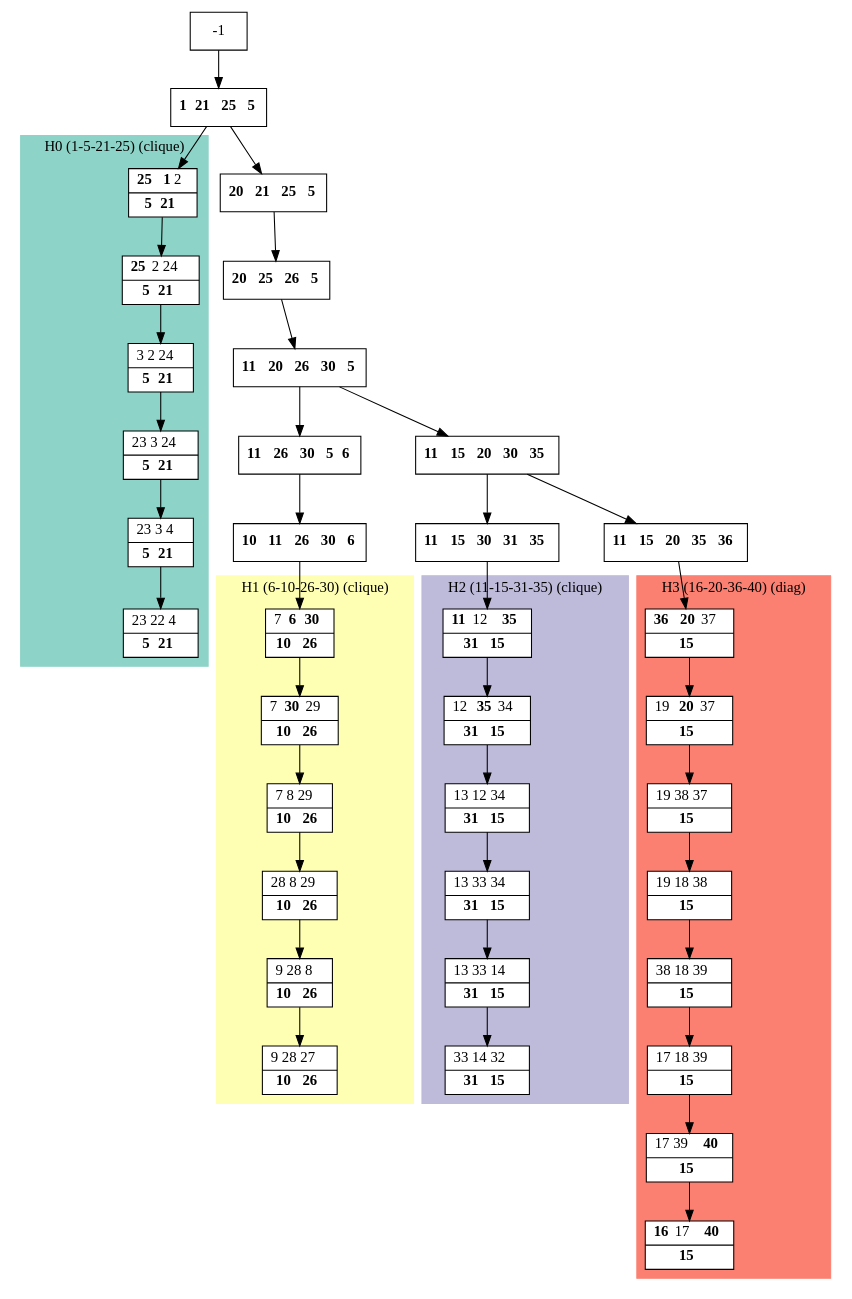
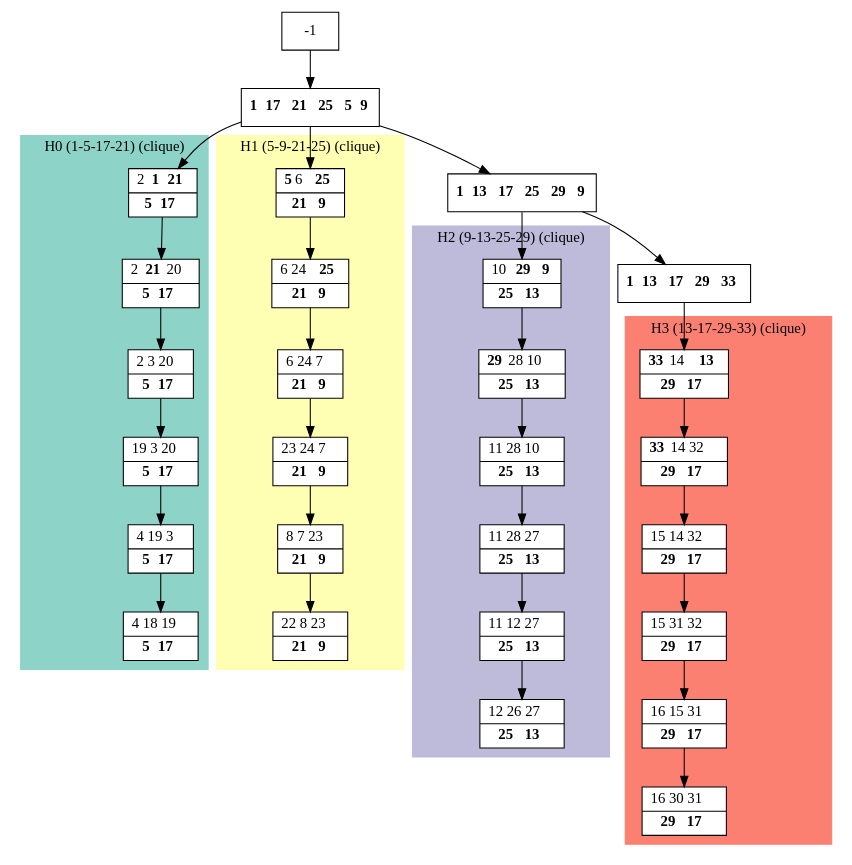
The diagram in results/dot_files/processed_K4.dot (bmarchand/auto-dp), drawn with Graphviz before and after one commit. The commit also changed 188 other files, not shown here.

```diff
--- a/results/dot_files/processed_K4.dot
+++ b/results/dot_files/processed_K4.dot
@@ -1,83 +1,69 @@
 digraph G {
     node [shape=box];
     subgraph cluster0 {
         node [style=filled,fillcolor=white];
         labeljust="l";
         style=filled;
         color="#8DD3C7";
         H0_0 -> H0_1 -> H0_2 -> H0_3 -> H0_4 -> H0_5;
-        label="H0 (1-5-21-25) (clique)";
+        label="H0 (1-5-17-21) (clique)";
     }
     subgraph cluster1 {
         node [style=filled,fillcolor=white];
         labeljust="l";
         style=filled;
         color="#FFFFB3";
         H1_0 -> H1_1 -> H1_2 -> H1_3 -> H1_4 -> H1_5;
-        label="H1 (6-10-26-30) (clique)";
+        label="H1 (5-9-21-25) (clique)";
     }
     subgraph cluster2 {
         node [style=filled,fillcolor=white];
         labeljust="l";
         style=filled;
         color="#BEBADA";
         H2_0 -> H2_1 -> H2_2 -> H2_3 -> H2_4 -> H2_5;
-        label="H2 (11-15-31-35) (clique)";
+        label="H2 (9-13-25-29) (clique)";
     }
     subgraph cluster3 {
         node [style=filled,fillcolor=white];
         labeljust="l";
         style=filled;
         color="#FB8072";
-        H3_7 -> H3_6 -> H3_5 -> H3_4 -> H3_3 -> H3_2 -> H3_1 -> H3_0;
-        label="H3 (16-20-36-40) (diag)";
+        H3_0 -> H3_1 -> H3_2 -> H3_3 -> H3_4 -> H3_5;
+        label="H3 (13-17-29-33) (clique)";
     }
-     1 [shape=record,label= <{ <b>1</b> <b>21</b> <b>25</b> <b>5</b>}> ];
+     1 [shape=record,label= <{ <b>1</b> <b>17</b> <b>21</b> <b>25</b> <b>5</b> <b>9</b>}> ];
      -1  ->  1;
-     H0_0 [shape=record,label= <{ <b>25</b> <b>1</b> 2|  <b>5</b> <b>21</b>}> ];
+     14 [shape=record,label= <{ <b>1</b> <b>13</b> <b>17</b> <b>25</b> <b>29</b> <b>9</b>}> ];
+     1  ->  14;
+     21 [shape=record,label= <{ <b>1</b> <b>13</b> <b>17</b> <b>29</b> <b>33</b>}> ];
+     14  ->  21;
+     H3_0 [shape=record,label= <{ <b>33</b> 14 <b>13</b>|  <b>29</b> <b>17</b>}> ];
+     21  ->  H3_0;
+     H3_1 [shape=record,label= <{ <b>33</b> 14 32|  <b>29</b> <b>17</b>}> ];
+     H3_2 [shape=record,label= <{ 15 14 32|  <b>29</b> <b>17</b>}> ];
+     H3_3 [shape=record,label= <{ 15 31 32|  <b>29</b> <b>17</b>}> ];
+     H3_4 [shape=record,label= <{ 16 15 31|  <b>29</b> <b>17</b>}> ];
+     H3_5 [shape=record,label= <{ 16 30 31|  <b>29</b> <b>17</b>}> ];
+     H2_0 [shape=record,label= <{ 10 <b>29</b> <b>9</b>|  <b>25</b> <b>13</b>}> ];
+     14  ->  H2_0;
+     H2_1 [shape=record,label= <{ <b>29</b> 28 10|  <b>25</b> <b>13</b>}> ];
+     H2_2 [shape=record,label= <{ 11 28 10|  <b>25</b> <b>13</b>}> ];
+     H2_3 [shape=record,label= <{ 11 28 27|  <b>25</b> <b>13</b>}> ];
+     H2_4 [shape=record,label= <{ 11 12 27|  <b>25</b> <b>13</b>}> ];
+     H2_5 [shape=record,label= <{ 12 26 27|  <b>25</b> <b>13</b>}> ];
+     H0_0 [shape=record,label= <{ 2 <b>1</b> <b>21</b>|  <b>5</b> <b>17</b>}> ];
      1  ->  H0_0;
-     H0_1 [shape=record,label= <{ <b>25</b> 2 24|  <b>5</b> <b>21</b>}> ];
-     H0_2 [shape=record,label= <{ 3 2 24|  <b>5</b> <b>21</b>}> ];
-     H0_3 [shape=record,label= <{ 23 3 24|  <b>5</b> <b>21</b>}> ];
-     H0_4 [shape=record,label= <{ 23 3 4|  <b>5</b> <b>21</b>}> ];
-     H0_5 [shape=record,label= <{ 23 22 4|  <b>5</b> <b>21</b>}> ];
-     28 [shape=record,label= <{ <b>20</b> <b>21</b> <b>25</b> <b>5</b>}> ];
-     1  ->  28;
-     27 [shape=record,label= <{ <b>20</b> <b>25</b> <b>26</b> <b>5</b>}> ];
-     28  ->  27;
-     17 [shape=record,label= <{ <b>11</b> <b>20</b> <b>26</b> <b>30</b> <b>5</b>}> ];
-     27  ->  17;
-     9 [shape=record,label= <{ <b>11</b> <b>26</b> <b>30</b> <b>5</b> <b>6</b>}> ];
-     17  ->  9;
-     10 [shape=record,label= <{ <b>10</b> <b>11</b> <b>26</b> <b>30</b> <b>6</b>}> ];
-     9  ->  10;
-     H1_0 [shape=record,label= <{ 7 <b>6</b> <b>30</b>|  <b>10</b> <b>26</b>}> ];
-     10  ->  H1_0;
-     H1_1 [shape=record,label= <{ 7 <b>30</b> 29|  <b>10</b> <b>26</b>}> ];
-     H1_2 [shape=record,label= <{ 7 8 29|  <b>10</b> <b>26</b>}> ];
-     H1_3 [shape=record,label= <{ 28 8 29|  <b>10</b> <b>26</b>}> ];
-     H1_4 [shape=record,label= <{ 9 28 8|  <b>10</b> <b>26</b>}> ];
-     H1_5 [shape=record,label= <{ 9 28 27|  <b>10</b> <b>26</b>}> ];
-     18 [shape=record,label= <{ <b>11</b> <b>15</b> <b>20</b> <b>30</b> <b>35</b>}> ];
-     17  ->  18;
-     19 [shape=record,label= <{ <b>11</b> <b>15</b> <b>30</b> <b>31</b> <b>35</b>}> ];
-     18  ->  19;
-     H2_0 [shape=record,label= <{ <b>11</b> 12 <b>35</b>|  <b>31</b> <b>15</b>}> ];
-     19  ->  H2_0;
-     H2_1 [shape=record,label= <{ 12 <b>35</b> 34|  <b>31</b> <b>15</b>}> ];
-     H2_2 [shape=record,label= <{ 13 12 34|  <b>31</b> <b>15</b>}> ];
-     H2_3 [shape=record,label= <{ 13 33 34|  <b>31</b> <b>15</b>}> ];
-     H2_4 [shape=record,label= <{ 13 33 14|  <b>31</b> <b>15</b>}> ];
-     H2_5 [shape=record,label= <{ 33 14 32|  <b>31</b> <b>15</b>}> ];
-     25 [shape=record,label= <{ <b>11</b> <b>15</b> <b>20</b> <b>35</b> <b>36</b>}> ];
-     18  ->  25;
-     H3_7 [shape=record,label= <{ <b>36</b> <b>20</b> 37|  <b>15</b>}> ];
-     25  ->  H3_7;
-     H3_6 [shape=record,label= <{ 19 <b>20</b> 37|  <b>15</b>}> ];
-     H3_5 [shape=record,label= <{ 19 38 37|  <b>15</b>}> ];
-     H3_4 [shape=record,label= <{ 19 18 38|  <b>15</b>}> ];
-     H3_3 [shape=record,label= <{ 38 18 39|  <b>15</b>}> ];
-     H3_2 [shape=record,label= <{ 17 18 39|  <b>15</b>}> ];
-     H3_1 [shape=record,label= <{ 17 39 <b>40</b>|  <b>15</b>}> ];
-     H3_0 [shape=record,label= <{ <b>16</b> 17 <b>40</b>|  <b>15</b>}> ];
+     H0_1 [shape=record,label= <{ 2 <b>21</b> 20|  <b>5</b> <b>17</b>}> ];
+     H0_2 [shape=record,label= <{ 2 3 20|  <b>5</b> <b>17</b>}> ];
+     H0_3 [shape=record,label= <{ 19 3 20|  <b>5</b> <b>17</b>}> ];
+     H0_4 [shape=record,label= <{ 4 19 3|  <b>5</b> <b>17</b>}> ];
+     H0_5 [shape=record,label= <{ 4 18 19|  <b>5</b> <b>17</b>}> ];
+     H1_0 [shape=record,label= <{ <b>5</b> 6 <b>25</b>|  <b>21</b> <b>9</b>}> ];
+     1  ->  H1_0;
+     H1_1 [shape=record,label= <{ 6 24 <b>25</b>|  <b>21</b> <b>9</b>}> ];
+     H1_2 [shape=record,label= <{ 6 24 7|  <b>21</b> <b>9</b>}> ];
+     H1_3 [shape=record,label= <{ 23 24 7|  <b>21</b> <b>9</b>}> ];
+     H1_4 [shape=record,label= <{ 8 7 23|  <b>21</b> <b>9</b>}> ];
+     H1_5 [shape=record,label= <{ 22 8 23|  <b>21</b> <b>9</b>}> ];
 }
```
